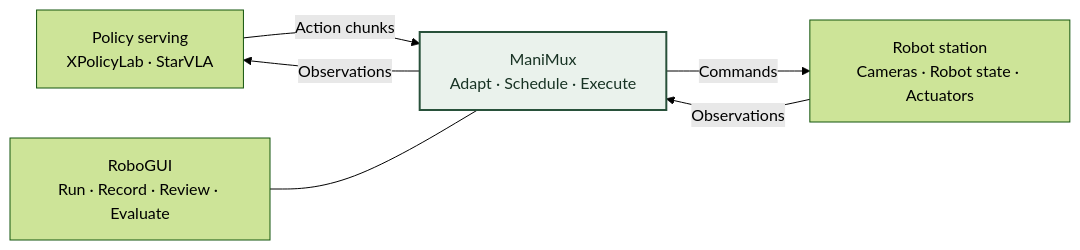
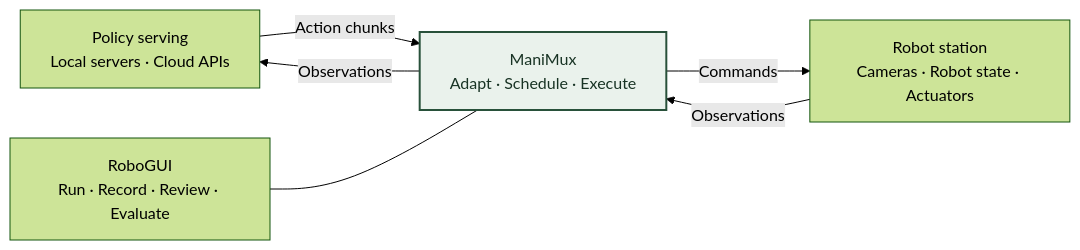
The diagram in README.md (SII-LiuLab/manimux), drawn with Mermaid (forest theme) before and after one commit. The commit also changed other lines of this file and 1 other file, not shown here.

````diff
--- a/README.md
+++ b/README.md
@@ -76,13 +42,13 @@
 ```mermaid
 flowchart LR
-    P["Policy serving<br/>XPolicyLab · StarVLA"]
+    P["Policy serving<br/>Local servers · Cloud APIs"]
     H["ManiMux<br/>Adapt · Schedule · Execute"]
     R["Robot station<br/>Cameras · Robot state · Actuators"]
     G["RoboGUI<br/>Run · Record · Review · Evaluate"]
     H -->|Observations| P
     P -->|Action chunks| H
     H -->|Commands| R
     R -->|Observations| H
     G --- H
     style H fill:#EAF2EC,stroke:#28513A,stroke-width:2px,color:#183324
 ```
````
